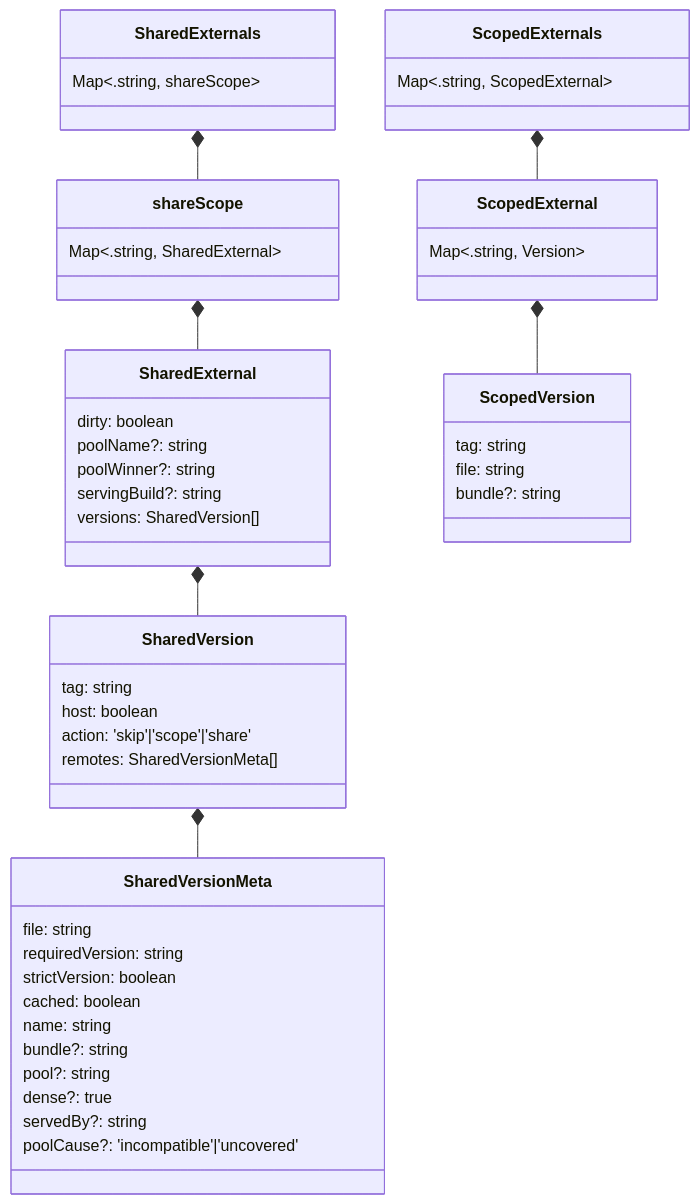
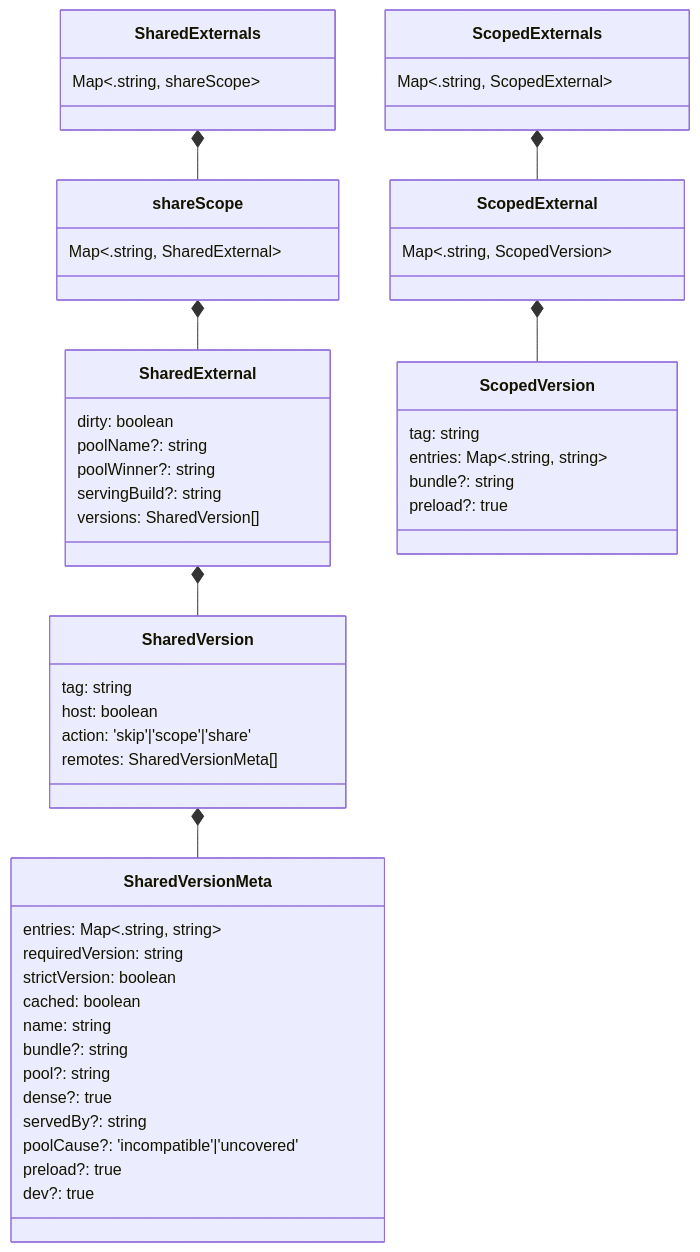
One commit to native-federation/orchestrator changed the fifth of 5 diagrams in docs/architecture.md. Above: the diagram before and after it, drawn with Mermaid. The commit also changed other lines of this file and 11 other files, not shown here.

````diff
--- a/docs/architecture.md
+++ b/docs/architecture.md
@@ -311,52 +325,55 @@
 ```mermaid
 classDiagram
     SharedExternals *-- shareScope
     shareScope *-- SharedExternal
     SharedExternal *-- SharedVersion
     SharedVersion *-- SharedVersionMeta
     ScopedExternals *-- ScopedExternal
     ScopedExternal *-- ScopedVersion
 
     class SharedExternals {
         Map<.string, shareScope>
     }
     class shareScope {
         Map<.string, SharedExternal>
     }
     class SharedExternal {
         dirty: boolean
         poolName?: string
         poolWinner?: string
         servingBuild?: string
         versions: SharedVersion[]
     }
     class SharedVersion{
         tag: string
         host: boolean
         action: 'skip'|'scope'|'share'
         remotes: SharedVersionMeta[]
     }
     class SharedVersionMeta{
-        file: string
+        entries: Map<.string, string>
         requiredVersion: string
         strictVersion: boolean
         cached: boolean
         name: string
         bundle?: string
         pool?: string
         dense?: true
         servedBy?: string
         poolCause?: 'incompatible'|'uncovered'
+        preload?: true
+        dev?: true
     }
     class ScopedExternals {
         Map<.string, ScopedExternal>
     }
     class ScopedExternal {
-        Map<.string, Version>
+        Map<.string, ScopedVersion>
     }
     class ScopedVersion{
         tag: string
-        file: string
+        entries: Map<.string, string>
         bundle?: string
+        preload?: true
     }
 ```
````
